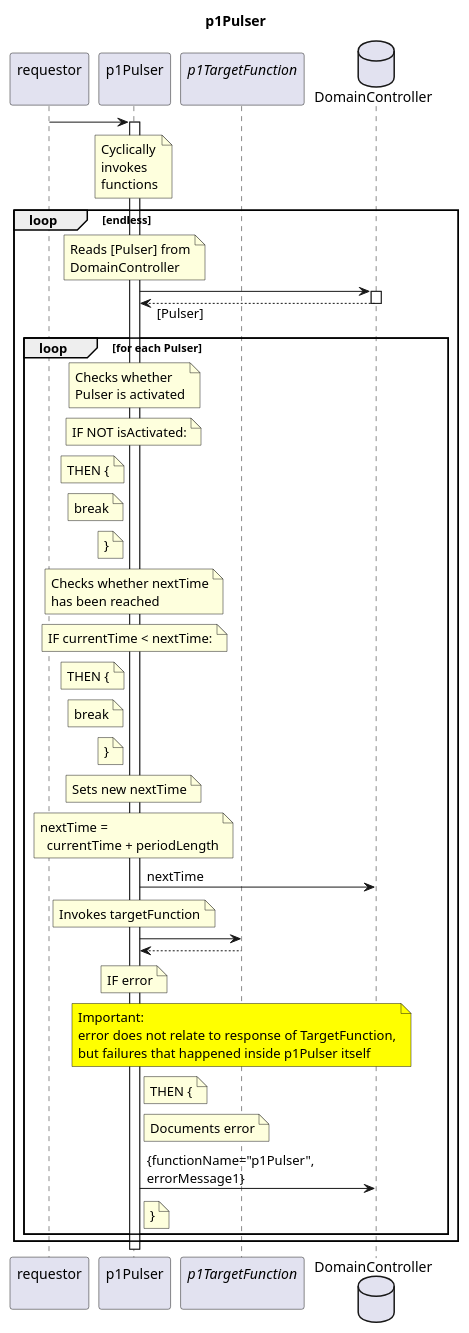
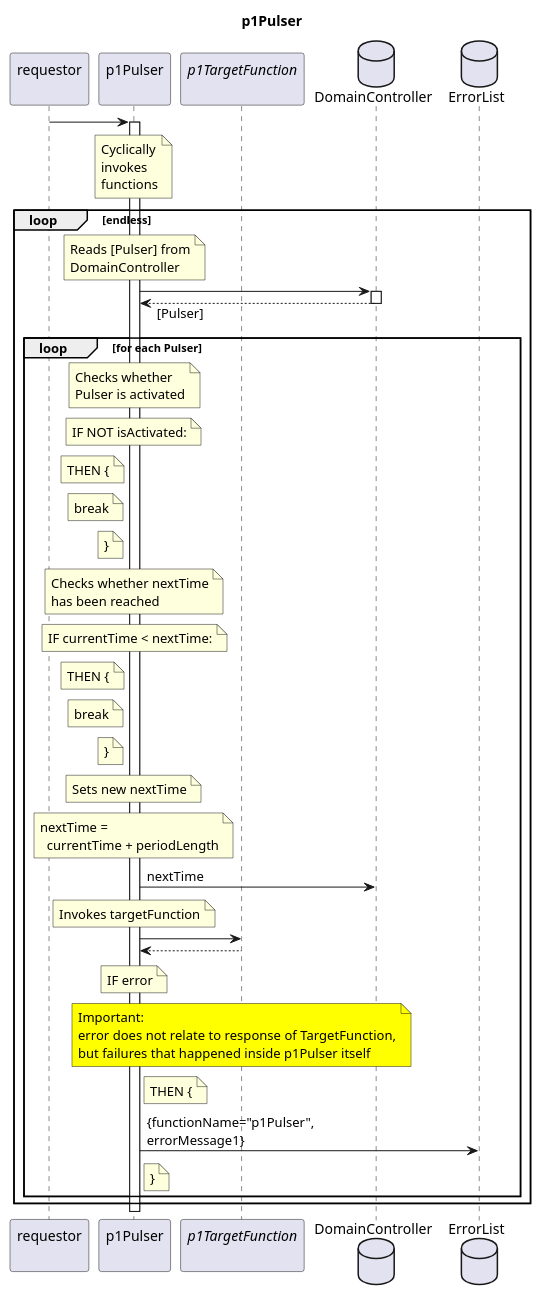
The diagram in spec/Functions/Administrative/p1Pulser/1.0.0/p1Pulser.plantuml (openBackhaul/FirmWareManager), drawn with PlantUML before and after one commit. The commit also changed 32 other files, not shown here.

Commit message:
Finalize sequence diagram of InterpretationFunctions

```diff
--- a/spec/Functions/Administrative/p1Pulser/1.0.0/p1Pulser.plantuml
+++ b/spec/Functions/Administrative/p1Pulser/1.0.0/p1Pulser.plantuml
@@ -1,103 +1,101 @@
 @startuml p1Pulser
 skinparam responseMessageBelowArrow true
 
 title
   p1Pulser
 end title
 
 participant "requestor\n" as requestor
 participant "p1Pulser\n" as p1Puls
 participant "<i>p1TargetFunction</i>\n" as p1Target
 database "DomainController" as DC
+database "ErrorList" as hEL
 
 requestor -> p1Puls
 activate p1Puls
   note over p1Puls
     Cyclically
     invokes
     functions
   end note
 
 loop endless
   note over p1Puls
     Reads [Pulser] from
     DomainController
   end note
   p1Puls -> DC
   activate DC
   p1Puls <-- DC: [Pulser]
   deactivate DC
   loop for each Pulser
 
     note over p1Puls
       Checks whether
       Pulser is activated
     end note
     note over p1Puls
       IF NOT isActivated:
     end note
     note left p1Puls
       THEN {
     end note
     note left p1Puls
       break
     end note
     note left p1Puls
       }
     end note
 
     note over p1Puls
       Checks whether nextTime
       has been reached
     end note
     note over p1Puls
       IF currentTime < nextTime:
     end note
     note left p1Puls
       THEN {
     end note
     note left p1Puls
       break
     end note
     note left p1Puls
       }
     end note
 
     note over p1Puls
       Sets new nextTime
     end note
     note over p1Puls
       nextTime =
         currentTime + periodLength
     end note
   p1Puls -> DC: nextTime
 
     note over p1Puls
       Invokes targetFunction
     end note
     p1Puls -> p1Target
     p1Puls <-- p1Target
 
     note over p1Puls
       IF error
     end note
     note over p1Target #Yellow
       Important:
       error does not relate to response of TargetFunction,
       but failures that happened inside p1Pulser itself
     end note
     note right p1Puls
       THEN {
     end note
-    note right p1Puls
-      Documents error
-    end note
-    p1Puls -> DC : {functionName="p1Pulser",\nerrorMessage1}
+    p1Puls -> hEL: {functionName="p1Pulser",\nerrorMessage1}
     note right p1Puls
       }
     end note
   end loop
 
 end loop
 
 @enduml
```
